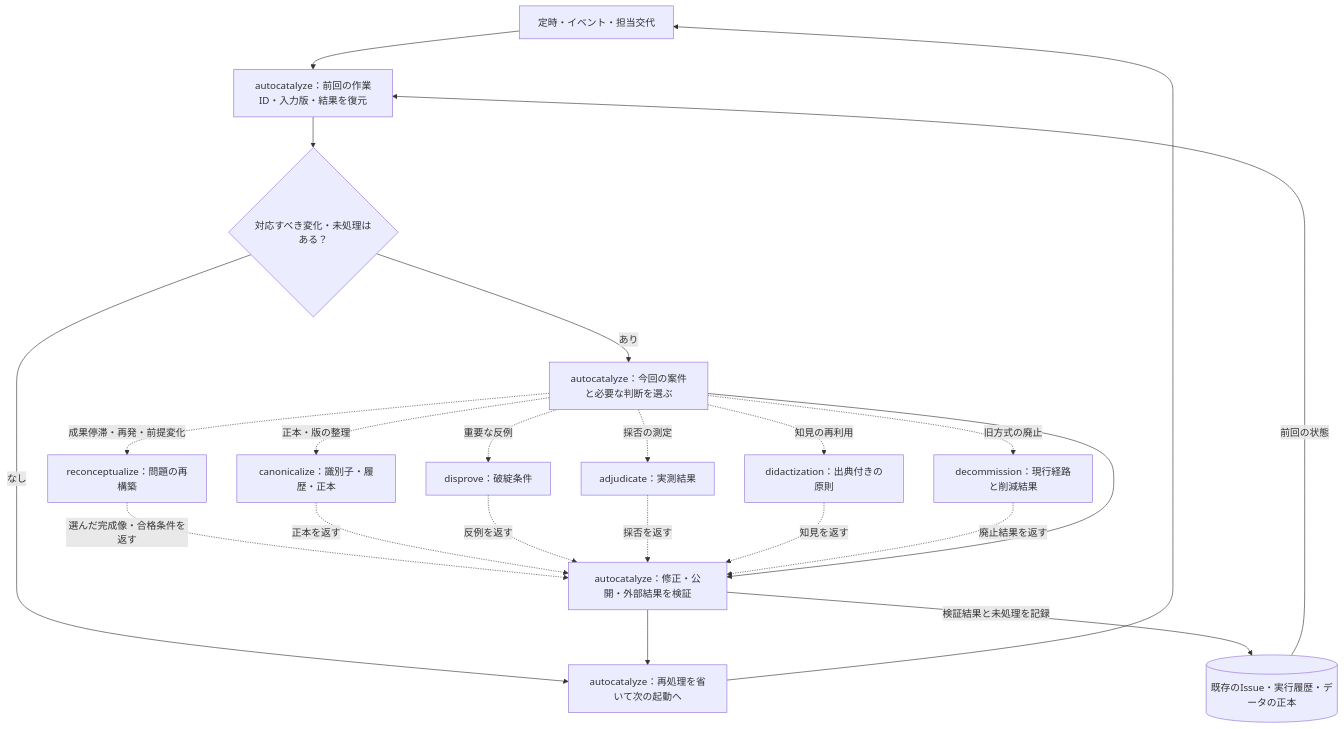
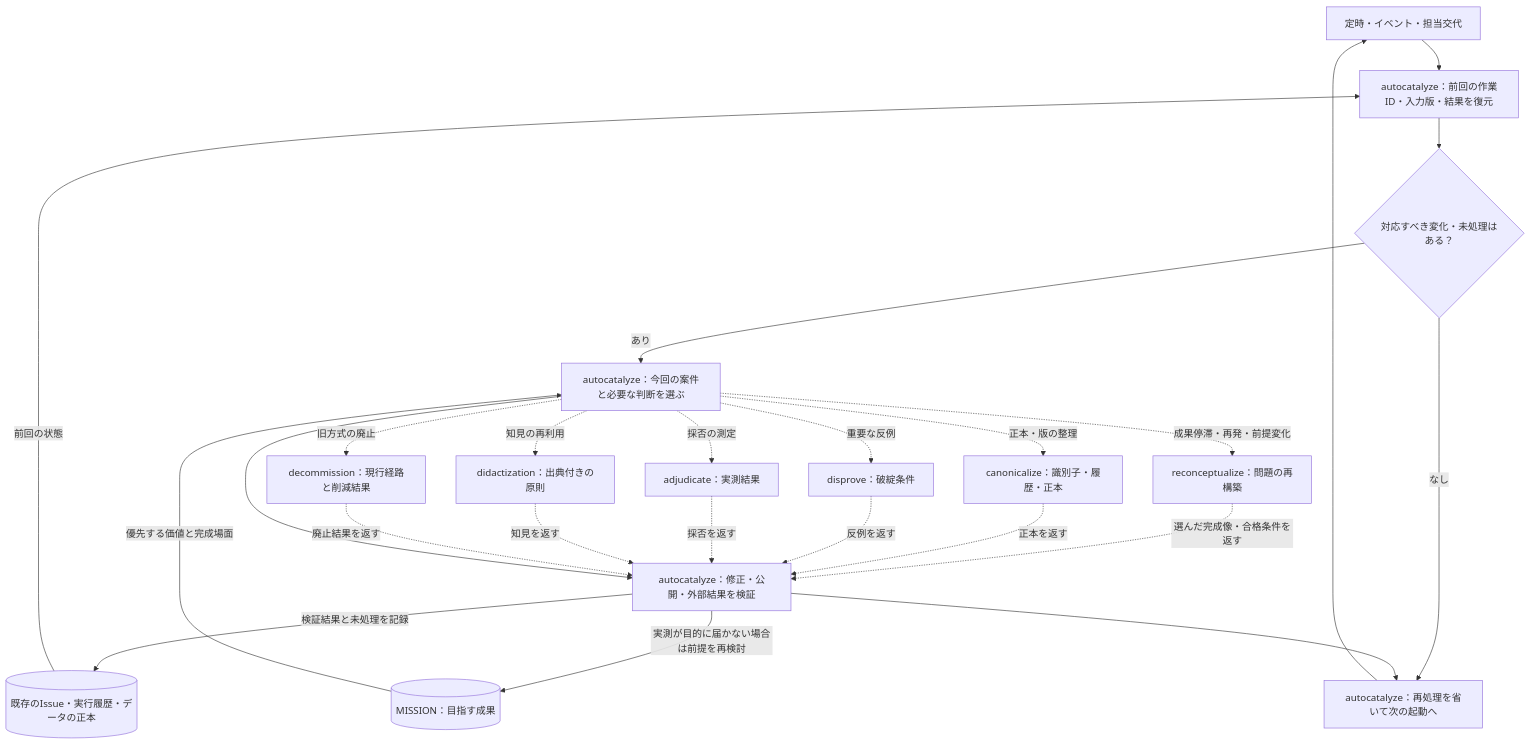
One commit to KAFKA2306/kafstyler changed the first of 2 diagrams in README.md. Above: the diagram before and after it, drawn with Mermaid. The commit also changed other lines of this file and 6 other files, not shown here.

````diff
--- a/README.md
+++ b/README.md
@@ -54,24 +60,26 @@
 ```mermaid
 flowchart TD
     start["定時・イベント・担当交代"] --> auto["autocatalyze：前回の作業ID・入力版・結果を復元"]
     record[("既存のIssue・実行履歴・データの正本")] -->|前回の状態| auto
+    mission[("MISSION：目指す成果")] -->|優先する価値と完成場面| choose
     auto --> changed{"対応すべき変化・未処理はある？"}
     changed -->|なし| next["autocatalyze：再処理を省いて次の起動へ"]
     changed -->|あり| choose["autocatalyze：今回の案件と必要な判断を選ぶ"]
     choose -.->|成果停滞・再発・前提変化| goal["reconceptualize：問題の再構築"]
     choose -.->|正本・版の整理| canon["canonicalize：識別子・履歴・正本"]
     choose -.->|重要な反例| proof["disprove：破綻条件"]
     choose -.->|採否の測定| judge["adjudicate：実測結果"]
     choose -.->|知見の再利用| learn["didactization：出典付きの原則"]
     choose -.->|旧方式の廃止| retire["decommission：現行経路と削減結果"]
     goal -.->|選んだ完成像・合格条件を返す| work["autocatalyze：修正・公開・外部結果を検証"]
     canon -.->|正本を返す| work
     proof -.->|反例を返す| work
     judge -.->|採否を返す| work
     learn -.->|知見を返す| work
     retire -.->|廃止結果を返す| work
     choose --> work
     work -->|検証結果と未処理を記録| record
+    work -->|実測が目的に届かない場合は前提を再検討| mission
     work --> next
     next --> start
 ```
````
